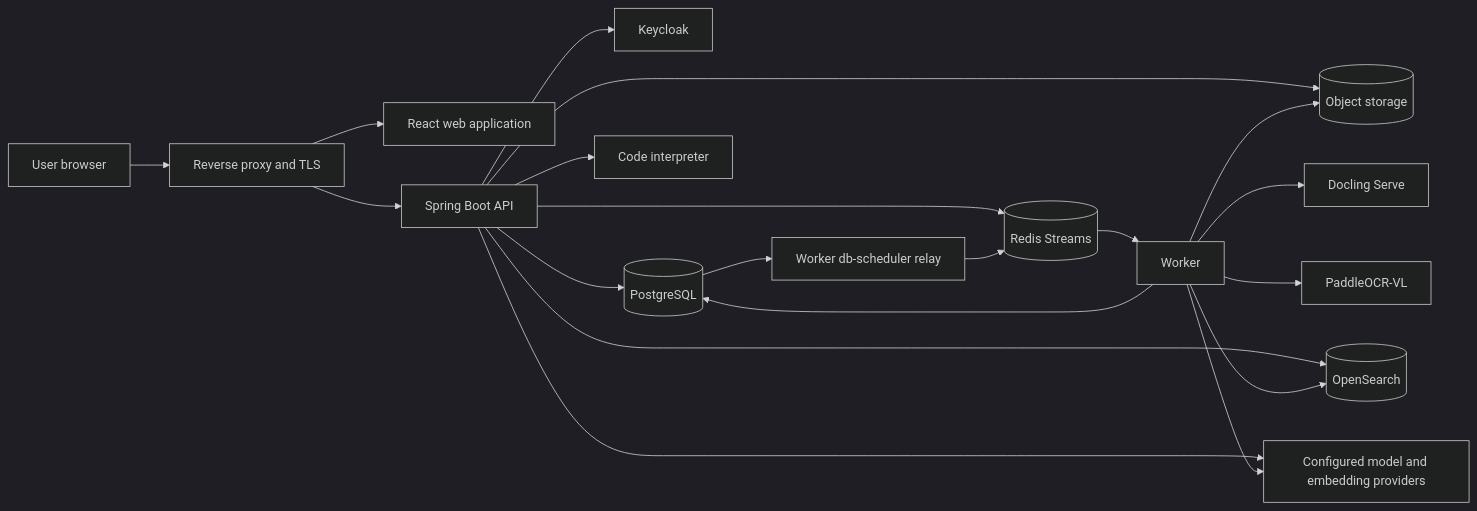
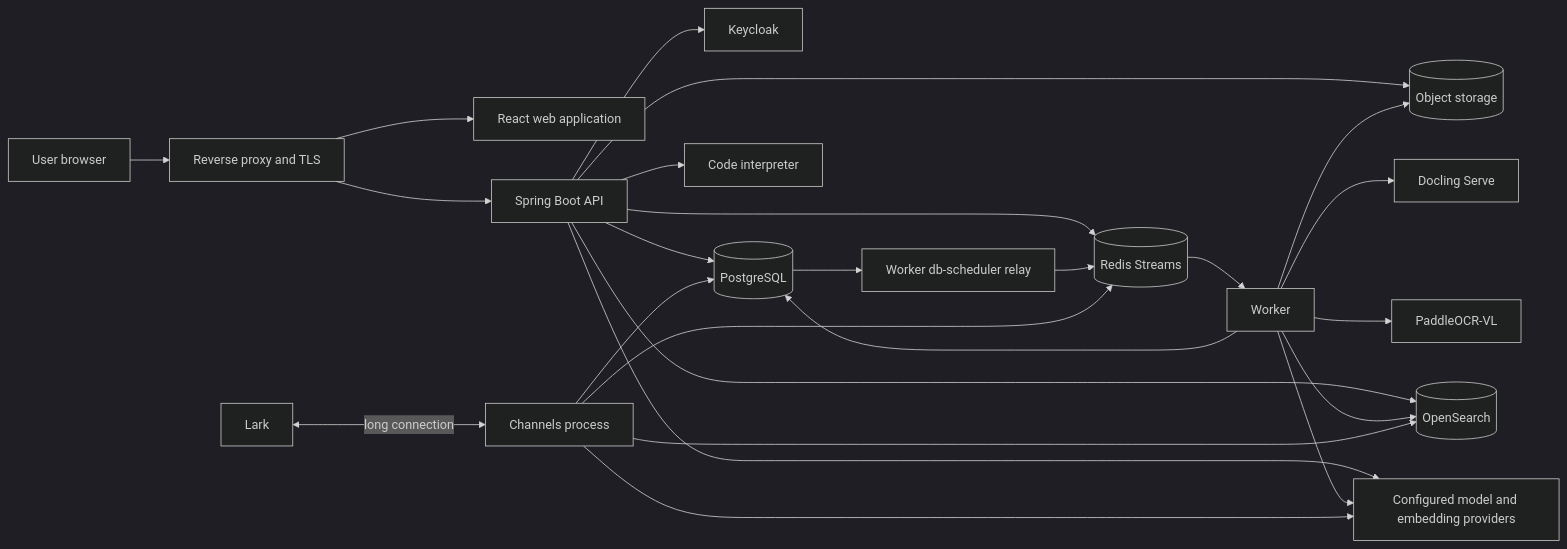
Before and after one commit to kl3inIT/MemoryOS: the first of 6 diagrams in ARCHITECTURE.md, drawn with Mermaid (dark theme). The commit also changed other lines of this file and 8 other files, not shown here.

Commit message:
docs(mem-246): consolidate the Lark bot into specs, runbook, architecture and ADR 0028

````diff
--- a/ARCHITECTURE.md
+++ b/ARCHITECTURE.md
@@ -9,24 +9,30 @@
 ```mermaid
 flowchart LR
     U[User browser] --> RP[Reverse proxy and TLS]
     RP --> WEB[React web application]
     RP --> API[Spring Boot API]
 
     API --> KC[Keycloak]
     API --> PG[(PostgreSQL)]
     API --> S3[(Object storage)]
     API --> OS[(OpenSearch)]
     API --> LLM[Configured model and embedding providers]
     API --> RS[(Redis Streams)]
     API --> INTERP[Code interpreter]
 
     PG --> RELAY[Worker db-scheduler relay]
     RELAY --> RS
     RS --> WORKER[Worker]
     WORKER --> PG
     WORKER --> S3
     WORKER --> DOC[Docling Serve]
     WORKER --> PVL[PaddleOCR-VL]
     WORKER --> OS
     WORKER --> LLM
+
+    LARK[Lark] <-->|long connection| CH[Channels process]
+    CH --> PG
+    CH --> RS
+    CH --> OS
+    CH --> LLM
 ```
````
